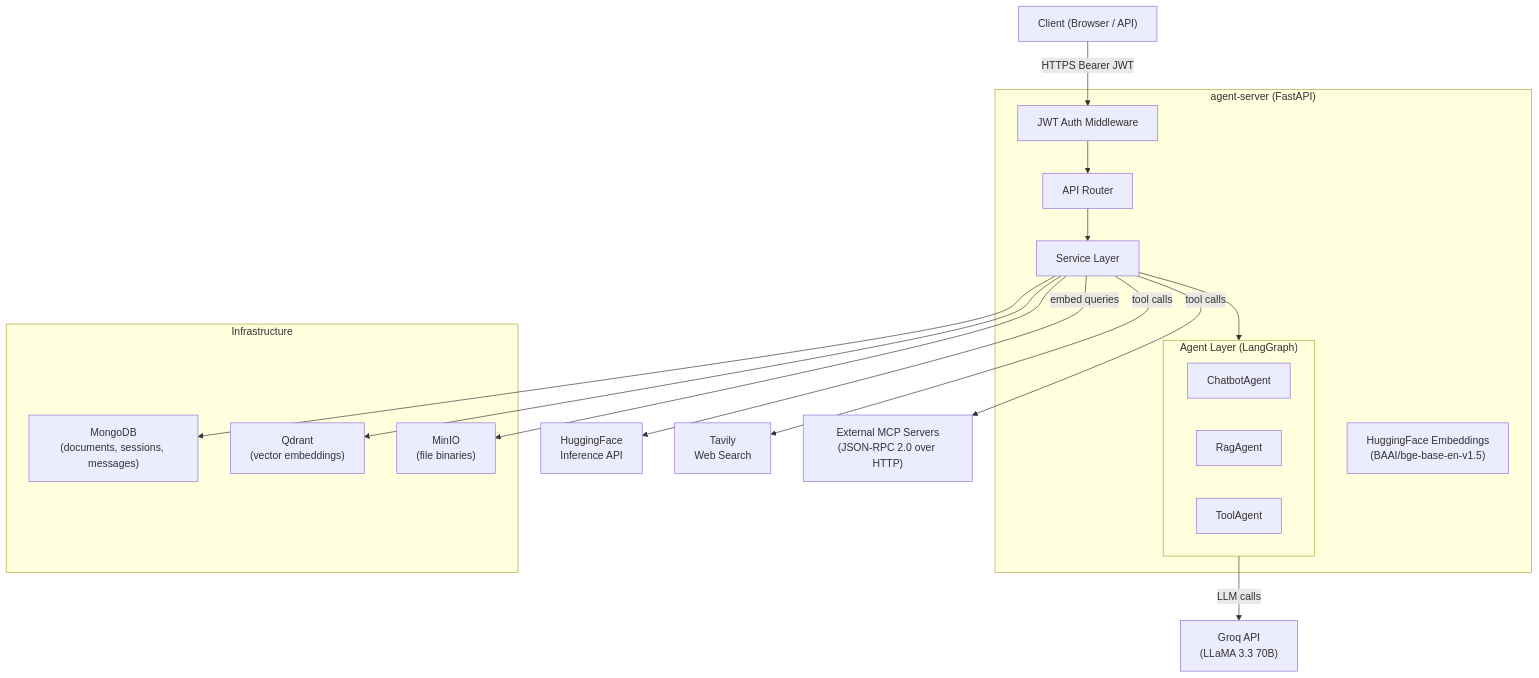
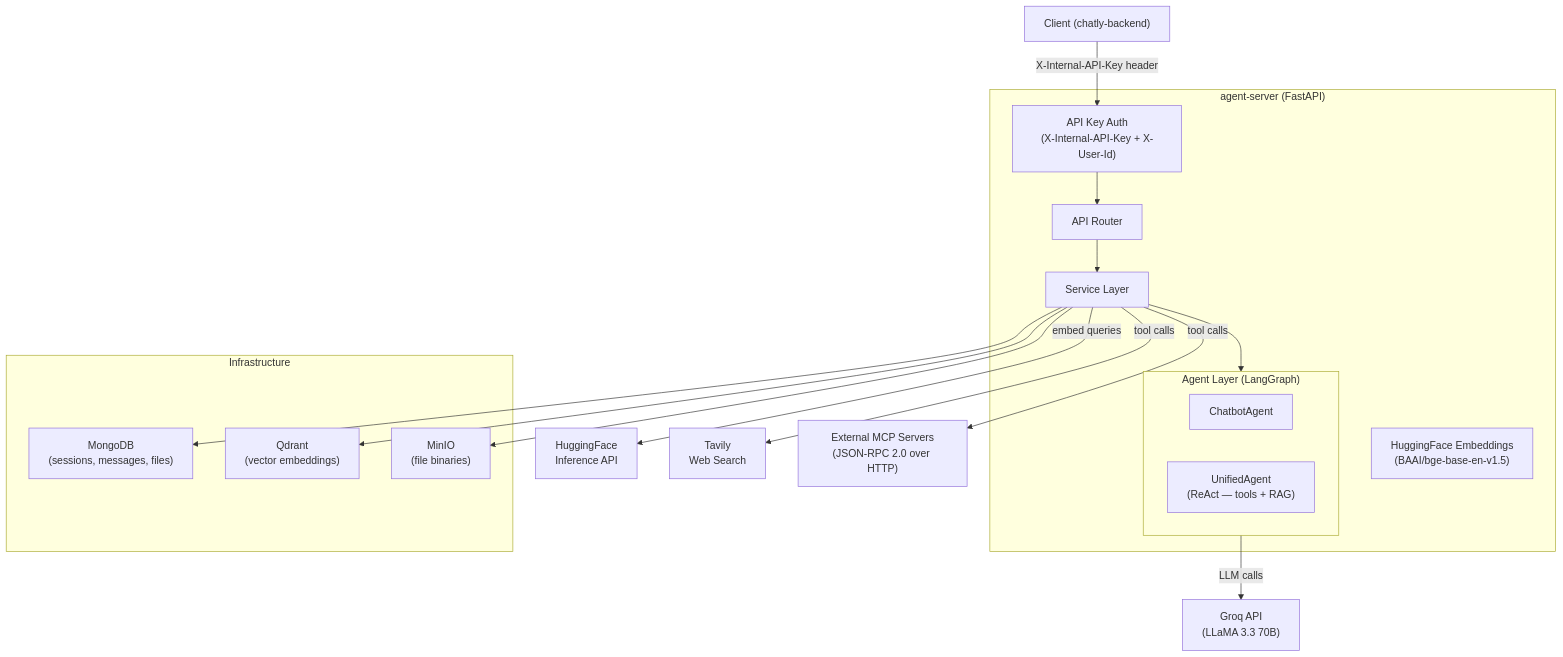
The first of 13 diagrams in chatly-agent/ARCHITECTURE.md (giasinguyen/chatly-messaging-platform), drawn with Mermaid before and after one commit. The commit also changed other lines of this file and 26 other files, not shown here.

First line of the commit message:
Refactor chat service and agent architecture

````diff
--- a/chatly-agent/ARCHITECTURE.md
+++ b/chatly-agent/ARCHITECTURE.md
@@ -23,41 +23,40 @@
 ```mermaid
 graph TB
-    Client["Client (Browser / API)"]
+    Client["Client (chatly-backend)"] 
 
     subgraph agent-server ["agent-server (FastAPI)"]
-        Auth["JWT Auth Middleware"]
+        Auth["API Key Auth\n(X-Internal-API-Key + X-User-Id)"]
         Router["API Router"]
         Service["Service Layer"]
 
         subgraph Agents["Agent Layer (LangGraph)"]
             CB["ChatbotAgent"]
-            RAG["RagAgent"]
-            TOOL["ToolAgent"]
+            UA["UnifiedAgent\n(ReAct — tools + RAG)"]
         end
 
         Embed["HuggingFace Embeddings\n(BAAI/bge-base-en-v1.5)"]
     end
 
     Groq["Groq API\n(LLaMA 3.3 70B)"]
     HF["HuggingFace\nInference API"]
     Tavily["Tavily\nWeb Search"]
     MCP["External MCP Servers\n(JSON-RPC 2.0 over HTTP)"]
 
     subgraph Infra["Infrastructure"]
-        Mongo["MongoDB\n(documents, sessions, messages)"]
+        Mongo["MongoDB\n(sessions, messages, files)"]
         Qdrant["Qdrant\n(vector embeddings)"]
         MinIO["MinIO\n(file binaries)"]
     end
 
-    Client -->|"HTTPS Bearer JWT"| Auth
+    Client -->|"X-Internal-API-Key header"| Auth
     Auth --> Router
     Router --> Service
     Service --> Agents
     Agents -->|"LLM calls"| Groq
     Service -->|"embed queries"| HF
     Service -->|"tool calls"| Tavily
     Service -->|"tool calls"| MCP
     Service --> Mongo
     Service --> Qdrant
     Service --> MinIO
 ```
````
